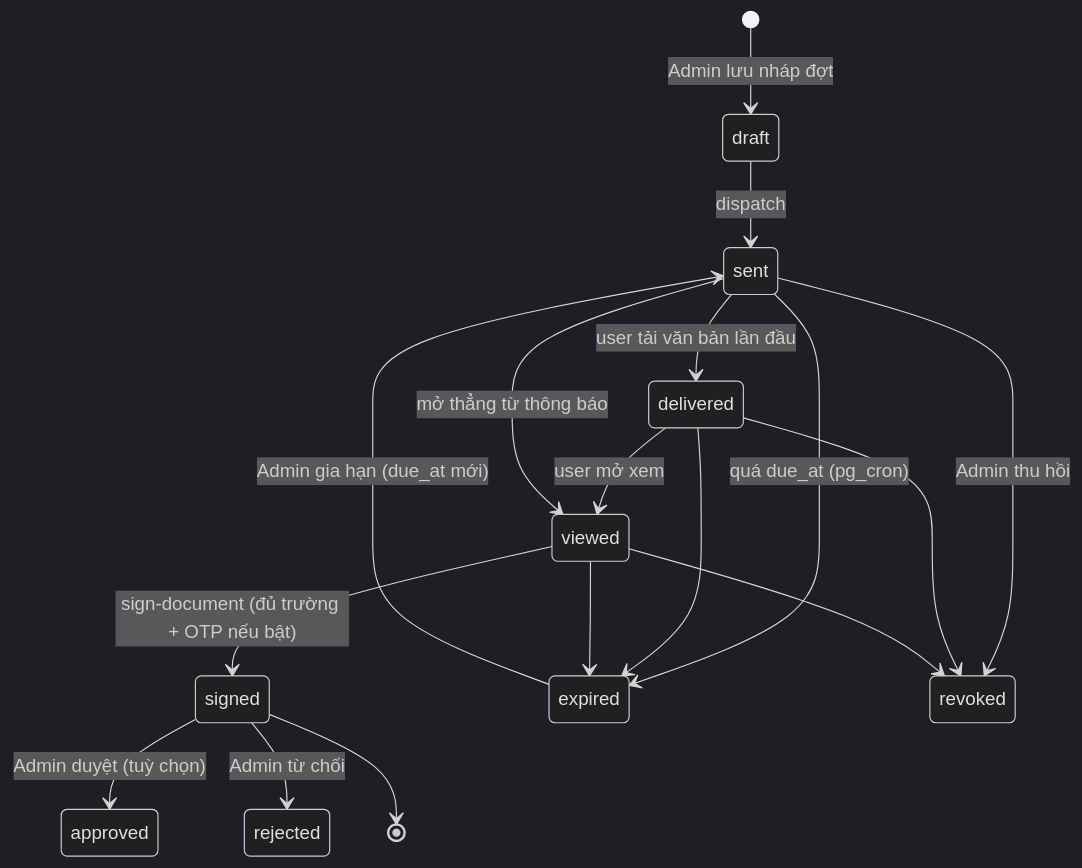
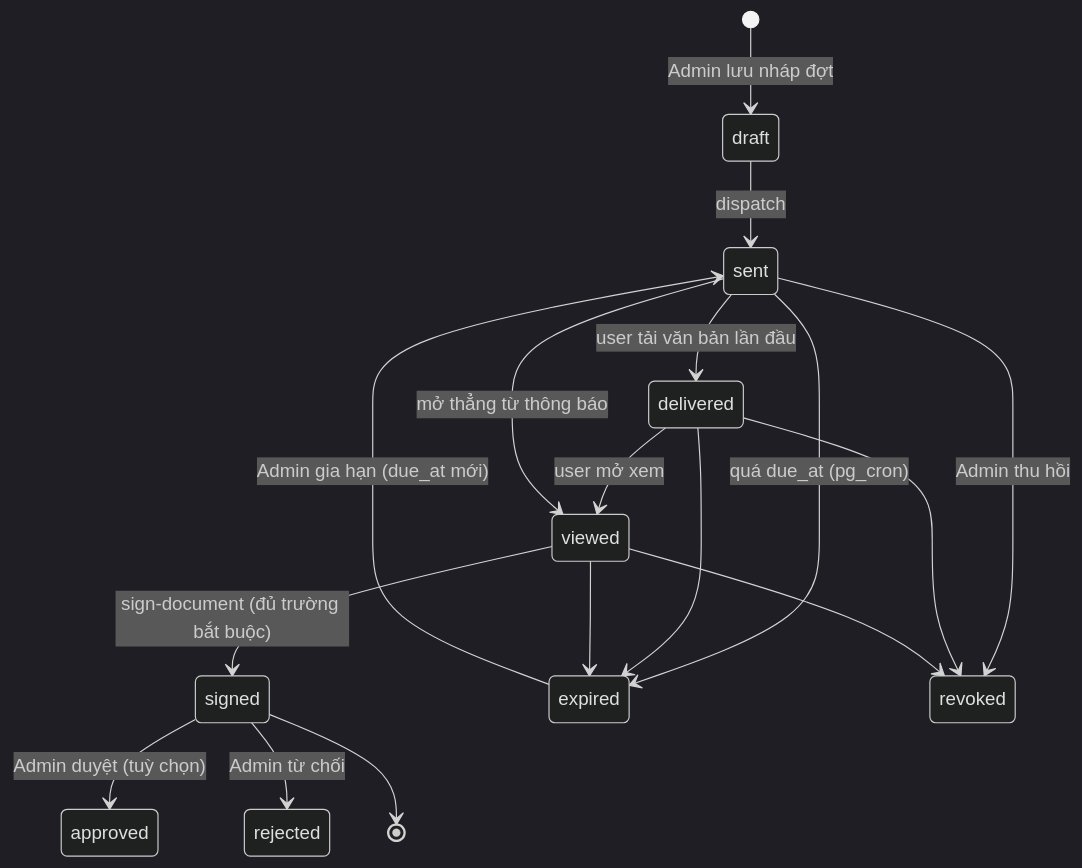
The third of 5 diagrams in docs/design/contract-management-spec.md (nclong1976/vin-casino), drawn with Mermaid (dark theme) before and after one commit. The commit also changed other lines of this file, not shown here.

First line of the commit message:
Spec hợp đồng v3.1: bỏ OTP, chữ ký chỉ mang tính minh hoạ

````diff
--- a/docs/design/contract-management-spec.md
+++ b/docs/design/contract-management-spec.md
@@ -110,19 +108,19 @@
 ```mermaid
 stateDiagram-v2
   [*] --> draft: Admin lưu nháp đợt
   draft --> sent: dispatch
   sent --> delivered: user tải văn bản lần đầu
   delivered --> viewed: user mở xem
   sent --> viewed: mở thẳng từ thông báo
-  viewed --> signed: sign-document (đủ trường + OTP nếu bật)
+  viewed --> signed: sign-document (đủ trường bắt buộc)
   sent --> expired: quá due_at (pg_cron)
   delivered --> expired
   viewed --> expired
   sent --> revoked: Admin thu hồi
   delivered --> revoked
   viewed --> revoked
   expired --> sent: Admin gia hạn (due_at mới)
   signed --> approved: Admin duyệt (tuỳ chọn)
   signed --> rejected: Admin từ chối
   signed --> [*]
 ```
````
